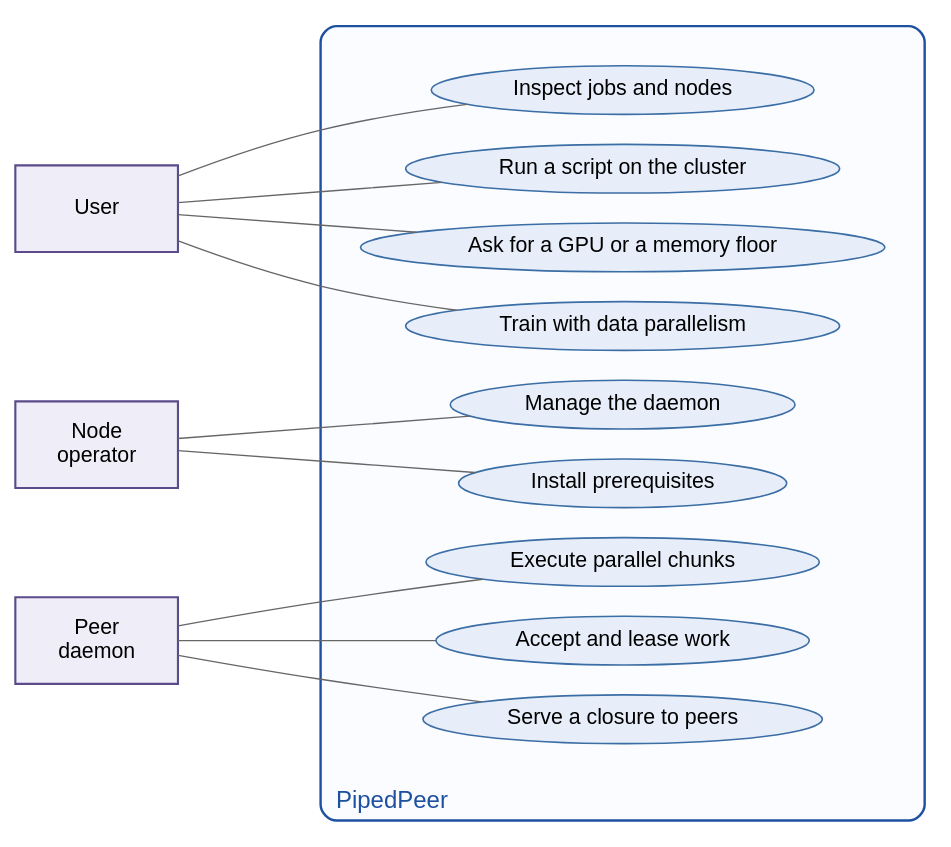
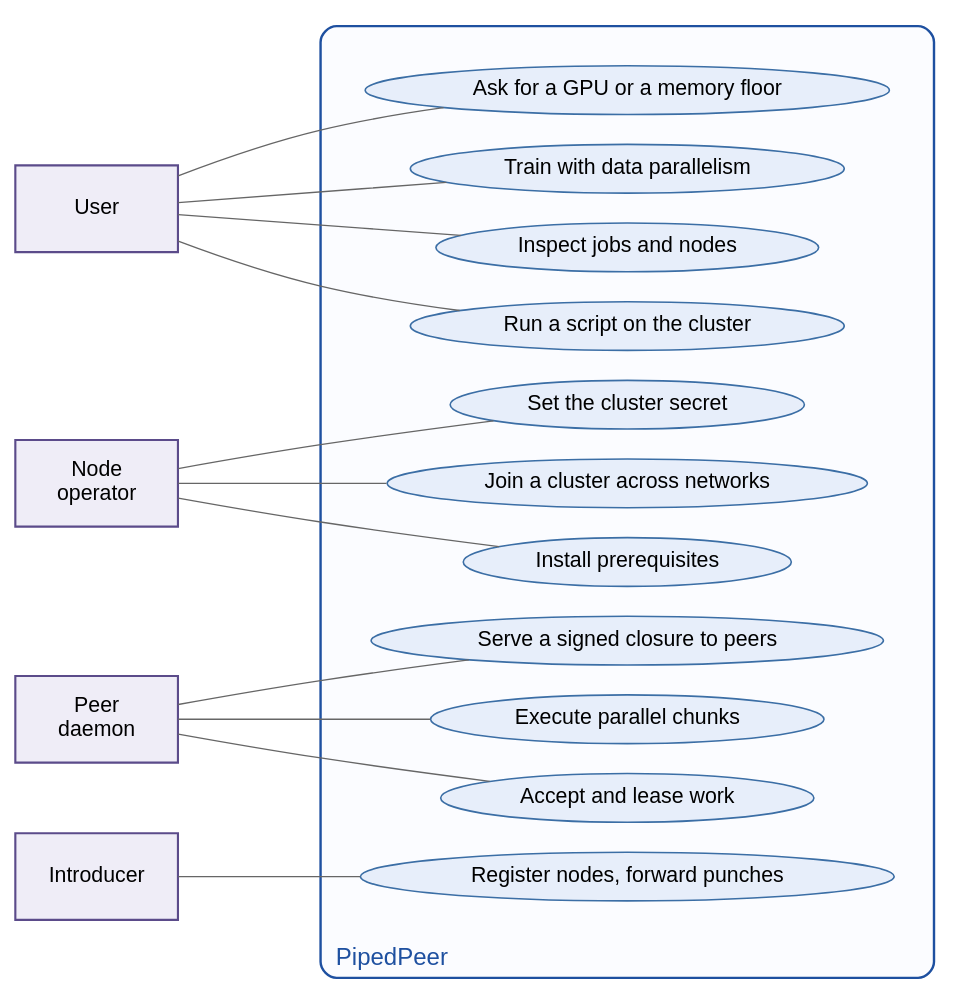
One commit to vinayakyadav2709/Pipedpeer changed the diagram in docs/diagrams/src/fig_3.4_use_case.dot. Above: the diagram before and after it, drawn with Graphviz. The commit also changed 72 other files, not shown here.

```diff
--- a/docs/diagrams/src/fig_3.4_use_case.dot
+++ b/docs/diagrams/src/fig_3.4_use_case.dot
@@ -1,35 +1,39 @@
 // Figure 3.4 - Use case diagram.
 // The system-boundary label sits at the bottom: at the top an association line
 // from the User ran straight through it.
 digraph UseCase {
   rankdir=LR; bgcolor="white"; nodesep=0.30; ranksep=1.9;
   node [fontname="Helvetica", fontsize=16];
   edge [fontname="Helvetica", fontsize=14, color="#666666", arrowhead=none];
 
   node [shape=box, style=filled, fillcolor="#efedf7", color="#5b4b8a", penwidth=1.6,
         width=1.7, height=0.9];
   user  [label="User"];
   admin [label="Node\noperator"];
   peer  [label="Peer\ndaemon"];
+  intro [label="Introducer"];
 
   subgraph cluster_sys {
     label="PipedPeer"; labelloc=b; labeljust=l; fontsize=18; fontname="Helvetica";
     style="rounded"; color="#1e50a0"; penwidth=1.8; bgcolor="#fbfcff"; fontcolor="#1e50a0";
     margin="30,26";
     node [shape=ellipse, style=filled, fillcolor="#e7eefa", color="#3b6ea5",
           penwidth=1.2, width=0, height=0];
     u1 [label="Run a script on the cluster"];
     u2 [label="Ask for a GPU or a memory floor"];
     u3 [label="Train with data parallelism"];
     u4 [label="Inspect jobs and nodes"];
     u5 [label="Accept and lease work"];
-    u6 [label="Serve a closure to peers"];
+    u6 [label="Serve a signed closure to peers"];
     u7 [label="Execute parallel chunks"];
     u8 [label="Install prerequisites"];
-    u9 [label="Manage the daemon"];
+    u9 [label="Set the cluster secret"];
+    u10 [label="Join a cluster across networks"];
+    u11 [label="Register nodes, forward punches"];
   }
 
   user -> u1; user -> u2; user -> u3; user -> u4;
-  admin -> u8; admin -> u9;
+  admin -> u8; admin -> u9; admin -> u10;
   peer -> u5; peer -> u6; peer -> u7;
+  intro -> u11;
 }
```
